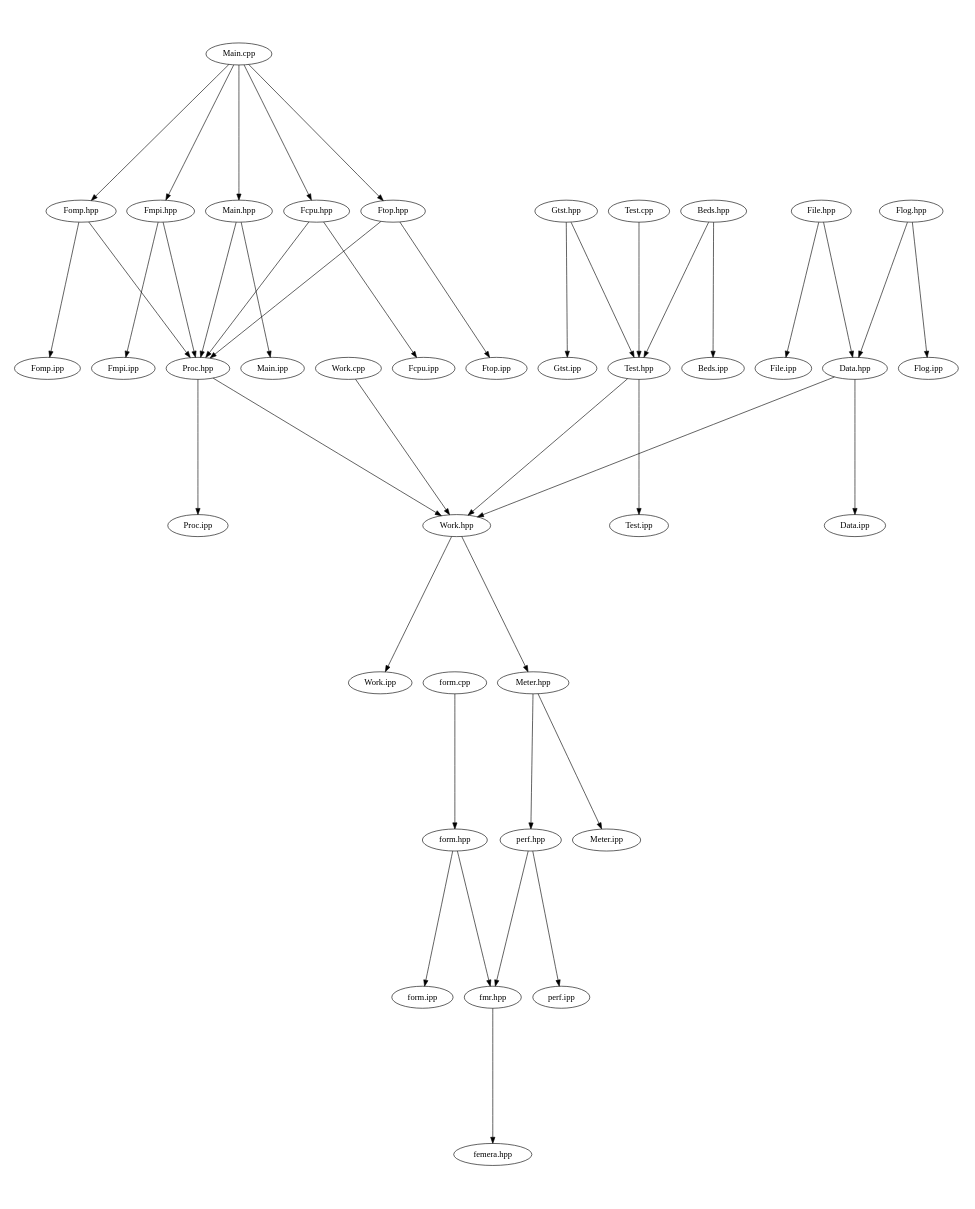
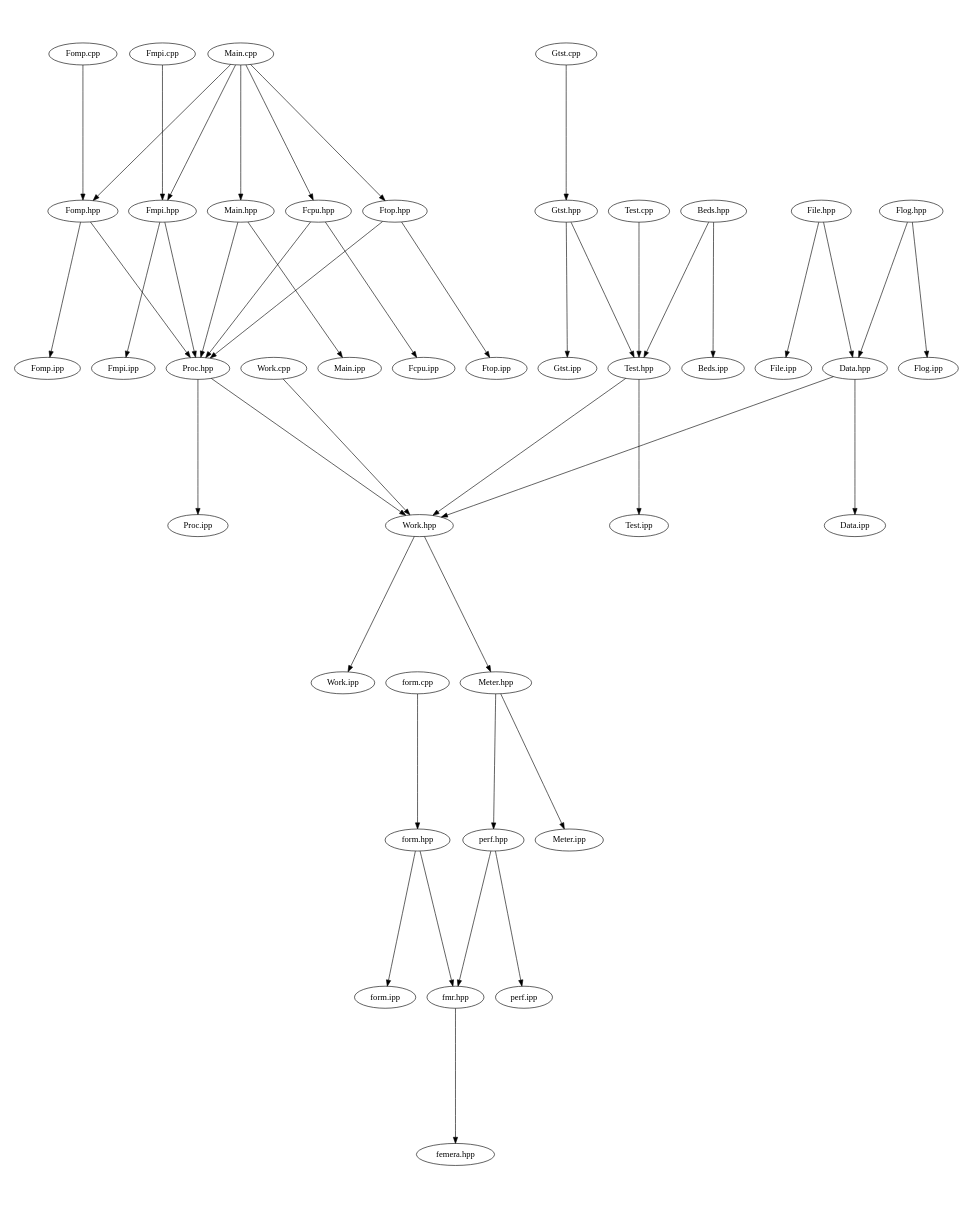
Before and after one commit to waggyz/femera-mini-app: the diagram in src/docs/src-notest.dot, drawn with Graphviz. The commit also changed 7 other files, not shown here.

```diff
--- a/src/docs/src-notest.dot
+++ b/src/docs/src-notest.dot
@@ -1,49 +1,52 @@
 digraph "source tree" {
     overlap=scale;
     size="8,10";
     ratio="fill";
     fontsize="16";
     fontname="Helvetica";
 	clusterrank="local";
 	"Meter.hpp" -> "perf.hpp"
 	"Main.cpp" -> "Fomp.hpp"
 	"Fomp.hpp" -> "Fomp.ipp"
 	"Gtst.hpp" -> "Gtst.ipp"
 	"Fmpi.hpp" -> "Fmpi.ipp"
+	"Fomp.cpp" -> "Fomp.hpp"
 	"form.cpp" -> "form.hpp"
 	"perf.hpp" -> "perf.ipp"
+	"Fmpi.cpp" -> "Fmpi.hpp"
 	"Main.cpp" -> "Main.hpp"
 	"Fcpu.hpp" -> "Fcpu.ipp"
 	"Work.cpp" -> "Work.hpp"
 	"Main.hpp" -> "Main.ipp"
 	"Proc.hpp" -> "Proc.ipp"
 	"Test.cpp" -> "Test.hpp"
 	"Main.cpp" -> "Fmpi.hpp"
 	"Main.cpp" -> "Fcpu.hpp"
 	"Ftop.hpp" -> "Ftop.ipp"
 	"perf.hpp" -> "fmr.hpp"
 	"Ftop.hpp" -> "Proc.hpp"
 	"Data.hpp" -> "Data.ipp"
 	"File.hpp" -> "Data.hpp"
 	"Work.hpp" -> "Work.ipp"
 	"Main.cpp" -> "Ftop.hpp"
 	"Test.hpp" -> "Work.hpp"
 	"Fmpi.hpp" -> "Proc.hpp"
 	"Beds.hpp" -> "Test.hpp"
 	"fmr.hpp" -> "femera.hpp"
 	"form.hpp" -> "form.ipp"
 	"form.hpp" -> "fmr.hpp"
 	"Proc.hpp" -> "Work.hpp"
+	"Gtst.cpp" -> "Gtst.hpp"
 	"Gtst.hpp" -> "Test.hpp"
 	"Data.hpp" -> "Work.hpp"
 	"Beds.hpp" -> "Beds.ipp"
 	"Work.hpp" -> "Meter.hpp"
 	"Fcpu.hpp" -> "Proc.hpp"
 	"Fomp.hpp" -> "Proc.hpp"
 	"Flog.hpp" -> "Data.hpp"
 	"Main.hpp" -> "Proc.hpp"
 	"File.hpp" -> "File.ipp"
 	"Flog.hpp" -> "Flog.ipp"
 	"Meter.hpp" -> "Meter.ipp"
 	"Test.hpp" -> "Test.ipp"
 }
```
